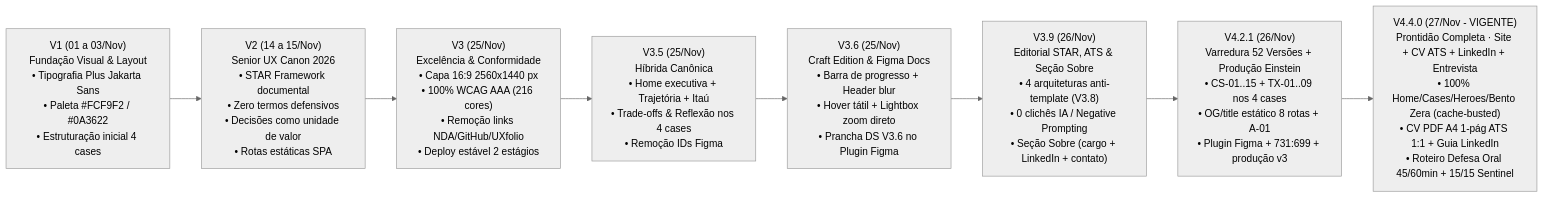
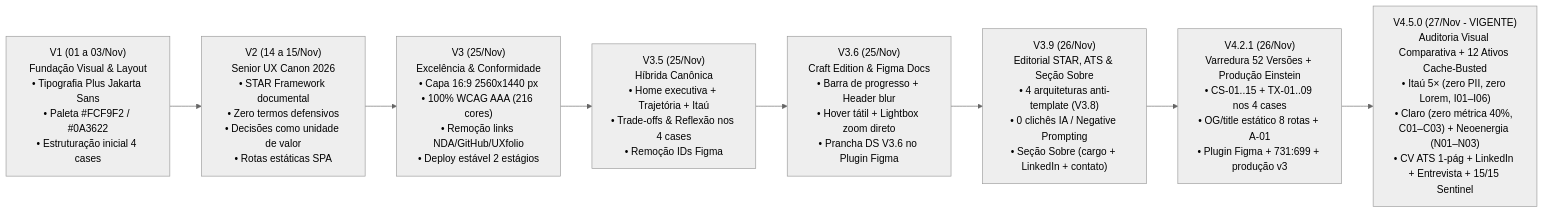
The diagram in docs/INDEX_GOVERNANCA_E_DECISOES.md (israelfull-commits/portfolio), drawn with Mermaid (neutral theme) before and after one commit. The commit also changed other lines of this file and 21 other files, not shown here.

Commit message:
feat(v4.5.0): auditoria visual comparativa e autofix de 12 ativos (Itau 5x, Claro e Neoenergia)

````diff
--- a/docs/INDEX_GOVERNANCA_E_DECISOES.md
+++ b/docs/INDEX_GOVERNANCA_E_DECISOES.md
@@ -15,12 +15,12 @@
 ```mermaid
 flowchart LR
     V1["V1 (01 a 03/Nov)<br>Fundação Visual & Layout<br>• Tipografia Plus Jakarta Sans<br>• Paleta #FCF9F2 / #0A3622<br>• Estruturação inicial 4 cases"]
     V2["V2 (14 a 15/Nov)<br>Senior UX Canon 2026<br>• STAR Framework documental<br>• Zero termos defensivos<br>• Decisões como unidade de valor<br>• Rotas estáticas SPA"]
     V3["V3 (25/Nov)<br>Excelência & Conformidade<br>• Capa 16:9 2560x1440 px<br>• 100% WCAG AAA (216 cores)<br>• Remoção links NDA/GitHub/UXfolio<br>• Deploy estável 2 estágios"]
     V35["V3.5 (25/Nov)<br>Híbrida Canônica<br>• Home executiva + Trajetória + Itaú<br>• Trade-offs & Reflexão nos 4 cases<br>• Remoção IDs Figma"]
     V36["V3.6 (25/Nov)<br>Craft Edition & Figma Docs<br>• Barra de progresso + Header blur<br>• Hover tátil + Lightbox zoom direto<br>• Prancha DS V3.6 no Plugin Figma"]
     V39["V3.9 (26/Nov)<br>Editorial STAR, ATS & Seção Sobre<br>• 4 arquiteturas anti-template (V3.8)<br>• 0 clichês IA / Negative Prompting<br>• Seção Sobre (cargo + LinkedIn + contato)"]
     V310["V4.2.1 (26/Nov)<br>Varredura 52 Versões + Produção Einstein<br>• CS-01..15 + TX-01..09 nos 4 cases<br>• OG/title estático 8 rotas + A-01<br>• Plugin Figma + 731:699 + produção v3"]
-    V430["V4.4.0 (27/Nov - VIGENTE)<br>Prontidão Completa · Site + CV ATS + LinkedIn + Entrevista<br>• 100% Home/Cases/Heroes/Bento Zera (cache-busted)<br>• CV PDF A4 1-pág ATS 1:1 + Guia LinkedIn<br>• Roteiro Defesa Oral 45/60min + 15/15 Sentinel"]
+    V430["V4.5.0 (27/Nov - VIGENTE)<br>Auditoria Visual Comparativa + 12 Ativos Cache-Busted<br>• Itaú 5× (zero PII, zero Lorem, I01–I06)<br>• Claro (zero métrica 40%, C01–C03) + Neoenergia (N01–N03)<br>• CV ATS 1-pág + LinkedIn + Entrevista + 15/15 Sentinel"]
     V1 --> V2 --> V3 --> V35 --> V36 --> V39 --> V310 --> V430
 ```
````
